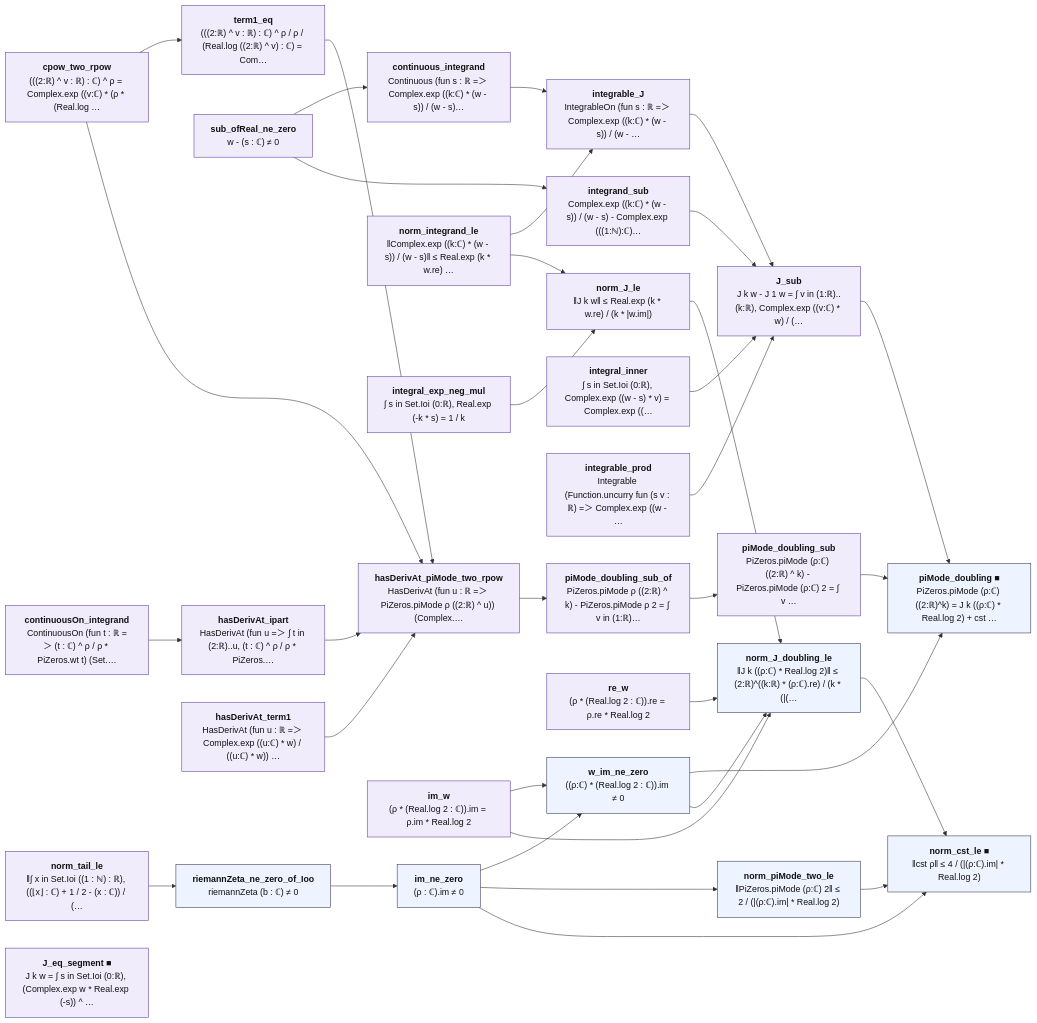
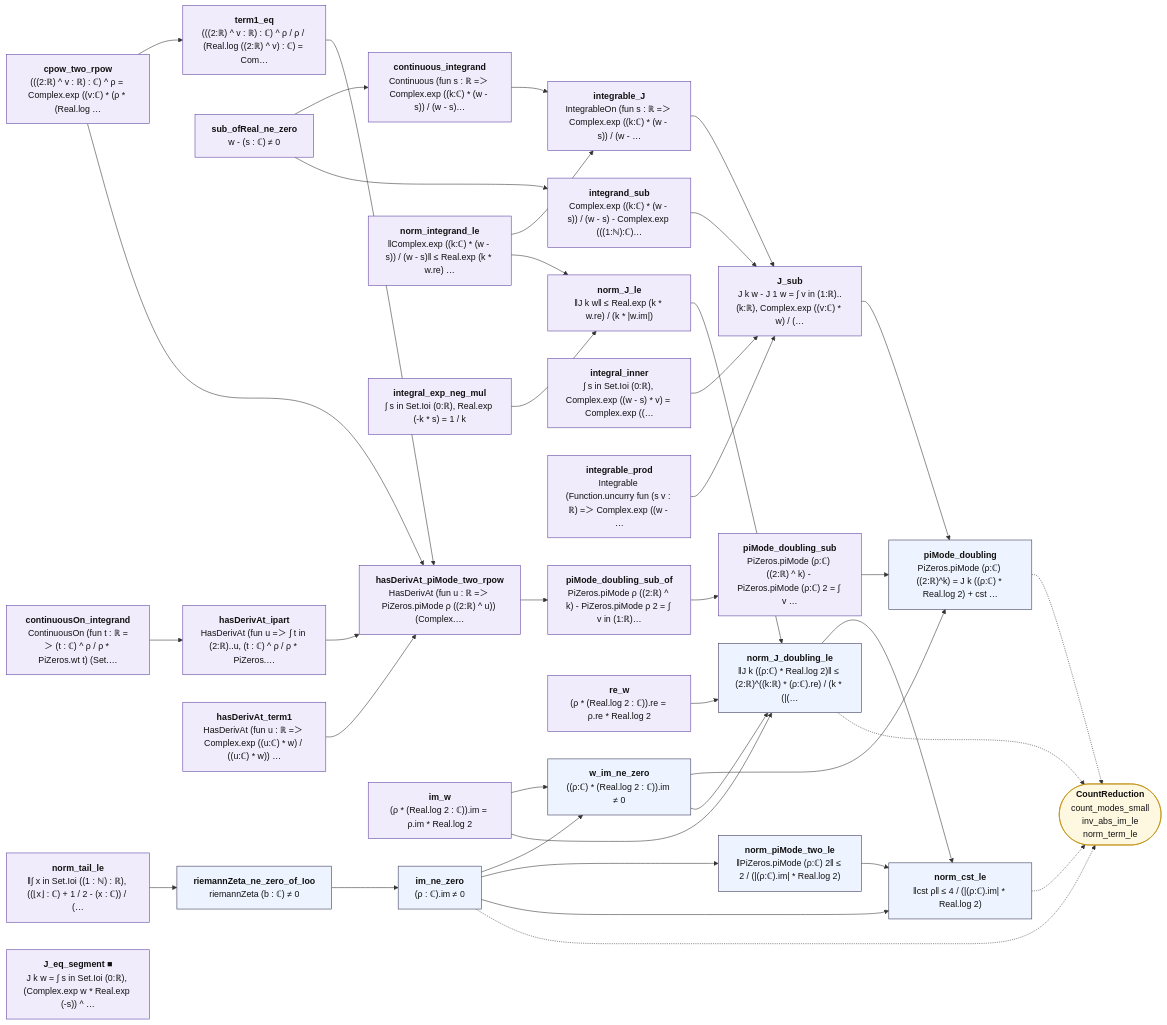
One commit to juliansambranojr/Primebeat_081426 changed the diagram in map/lean_stage3/CountModes.md. Above: the diagram before and after it, drawn with Mermaid. The commit also changed other lines of this file and 43 other files, not shown here.

First line of the commit message:
Block N2: the count's segments right of a line are small with a power saving (unit 0470)

````diff
--- a/map/lean_stage3/CountModes.md
+++ b/map/lean_stage3/CountModes.md
@@ -14,73 +14,78 @@
 ```mermaid
 flowchart LR
   n0["<b>norm_tail_le</b><br/>‖∫ x in Set.Ioi ((1 : ℕ) : ℝ), ((⌊x⌋ : ℂ) + 1 / 2 - (x : ℂ)) / (…"]:::shp
   n1["<b>riemannZeta_ne_zero_of_Ioo</b><br/>riemannZeta (b : ℂ) ≠ 0"]:::thm
   n2["<b>im_ne_zero</b><br/>(ρ : ℂ).im ≠ 0"]:::thm
   n3["<b>sub_ofReal_ne_zero</b><br/>w - (s : ℂ) ≠ 0"]:::shp
   n4["<b>continuous_integrand</b><br/>Continuous (fun s : ℝ =＞ Complex.exp ((k:ℂ) * (w - s)) / (w - s)…"]:::shp
   n5["<b>norm_integrand_le</b><br/>‖Complex.exp ((k:ℂ) * (w - s)) / (w - s)‖ ≤ Real.exp (k * w.re) …"]:::shp
   n6["<b>integral_exp_neg_mul</b><br/>∫ s in Set.Ioi (0:ℝ), Real.exp (-k * s) = 1 / k"]:::shp
   n7["<b>integrable_J</b><br/>IntegrableOn (fun s : ℝ =＞ Complex.exp ((k:ℂ) * (w - s)) / (w - …"]:::shp
   n8["<b>norm_J_le</b><br/>‖J k w‖ ≤ Real.exp (k * w.re) / (k * |w.im|)"]:::shp
   n9["<b>integrand_sub</b><br/>Complex.exp ((k:ℂ) * (w - s)) / (w - s) - Complex.exp (((1:ℕ):ℂ)…"]:::shp
   n10["<b>integral_inner</b><br/>∫ s in Set.Ioi (0:ℝ), Complex.exp ((w - s) * v) = Complex.exp ((…"]:::shp
   n11["<b>integrable_prod</b><br/>Integrable (Function.uncurry fun (s v : ℝ) =＞ Complex.exp ((w - …"]:::shp
   n12["<b>J_sub</b><br/>J k w - J 1 w = ∫ v in (1:ℝ)..(k:ℝ), Complex.exp ((v:ℂ) * w) / (…"]:::shp
   n13["<b>cpow_two_rpow</b><br/>(((2:ℝ) ^ v : ℝ) : ℂ) ^ ρ = Complex.exp ((v:ℂ) * (ρ * (Real.log …"]:::shp
   n14["<b>term1_eq</b><br/>(((2:ℝ) ^ v : ℝ) : ℂ) ^ ρ / ρ / (Real.log ((2:ℝ) ^ v) : ℂ) = Com…"]:::shp
   n15["<b>continuousOn_integrand</b><br/>ContinuousOn (fun t : ℝ =＞ (t : ℂ) ^ ρ / ρ * PiZeros.wt t) (Set.…"]:::shp
   n16["<b>hasDerivAt_ipart</b><br/>HasDerivAt (fun u =＞ ∫ t in (2:ℝ)..u, (t : ℂ) ^ ρ / ρ * PiZeros.…"]:::shp
   n17["<b>hasDerivAt_term1</b><br/>HasDerivAt (fun u : ℝ =＞ Complex.exp ((u:ℂ) * w) / ((u:ℂ) * w)) …"]:::shp
   n18["<b>hasDerivAt_piMode_two_rpow</b><br/>HasDerivAt (fun u : ℝ =＞ PiZeros.piMode ρ ((2:ℝ) ^ u)) (Complex.…"]:::shp
   n19["<b>piMode_doubling_sub_of</b><br/>PiZeros.piMode ρ ((2:ℝ) ^ k) - PiZeros.piMode ρ 2 = ∫ v in (1:ℝ)…"]:::shp
   n20["<b>piMode_doubling_sub</b><br/>PiZeros.piMode (ρ:ℂ) ((2:ℝ) ^ k) - PiZeros.piMode (ρ:ℂ) 2 = ∫ v …"]:::shp
   n21["<b>im_w</b><br/>(ρ * (Real.log 2 : ℂ)).im = ρ.im * Real.log 2"]:::shp
   n22["<b>re_w</b><br/>(ρ * (Real.log 2 : ℂ)).re = ρ.re * Real.log 2"]:::shp
   n23["<b>w_im_ne_zero</b><br/>((ρ:ℂ) * (Real.log 2 : ℂ)).im ≠ 0"]:::thm
-  n24["<b>piMode_doubling ■</b><br/>PiZeros.piMode (ρ:ℂ) ((2:ℝ)^k) = J k ((ρ:ℂ) * Real.log 2) + cst …"]:::thm
+  n24["<b>piMode_doubling</b><br/>PiZeros.piMode (ρ:ℂ) ((2:ℝ)^k) = J k ((ρ:ℂ) * Real.log 2) + cst …"]:::thm
   n25["<b>norm_J_doubling_le</b><br/>‖J k ((ρ:ℂ) * Real.log 2)‖ ≤ (2:ℝ)^((k:ℝ) * (ρ:ℂ).re) / (k * (|(…"]:::thm
   n26["<b>norm_piMode_two_le</b><br/>‖PiZeros.piMode (ρ:ℂ) 2‖ ≤ 2 / (|(ρ:ℂ).im| * Real.log 2)"]:::thm
-  n27["<b>norm_cst_le ■</b><br/>‖cst ρ‖ ≤ 4 / (|(ρ:ℂ).im| * Real.log 2)"]:::thm
+  n27["<b>norm_cst_le</b><br/>‖cst ρ‖ ≤ 4 / (|(ρ:ℂ).im| * Real.log 2)"]:::thm
   n28["<b>J_eq_segment ■</b><br/>J k w = ∫ s in Set.Ioi (0:ℝ), (Complex.exp w * Real.exp (-s)) ^ …"]:::shp
+  x0(["<b>CountReduction</b><br/>count_modes_small<br/>inv_abs_im_le<br/>norm_term_le"]):::ext
   n0 --> n1
   n1 --> n2
   n10 --> n12
   n11 --> n12
   n12 --> n24
   n13 --> n14
   n13 --> n18
   n14 --> n18
   n15 --> n16
   n16 --> n18
   n17 --> n18
   n18 --> n19
   n19 --> n20
   n2 --> n23
   n2 --> n26
   n2 --> n27
   n20 --> n24
   n21 --> n23
   n21 --> n25
   n22 --> n25
   n23 --> n24
   n23 --> n25
   n25 --> n27
   n26 --> n27
   n3 --> n4
   n3 --> n9
   n4 --> n7
   n5 --> n7
   n5 --> n8
   n6 --> n8
   n7 --> n12
   n8 --> n25
   n9 --> n12
+  n2 -.-> x0
+  n24 -.-> x0
+  n25 -.-> x0
+  n27 -.-> x0
   classDef cnt fill:#dff5ec,stroke:#17694a,color:#111
   classDef shp fill:#f1ecfb,stroke:#5b3fa0,color:#111
   classDef rh fill:#ffe5e5,stroke:#c22,color:#111,stroke-width:2px
   classDef thm fill:#eef4ff,stroke:#335,color:#111
   classDef end_ fill:#e7f7e7,stroke:#2a7,color:#111,stroke-width:2px
   classDef lone fill:#fff,stroke:#999,color:#111,stroke-dasharray:4 3
   classDef bad fill:#ffe5e5,stroke:#c22,color:#111,stroke-width:2px
   classDef ext fill:#fff8e1,stroke:#b80,color:#111
 ```
````
